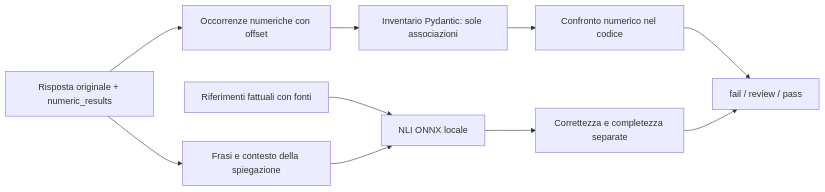
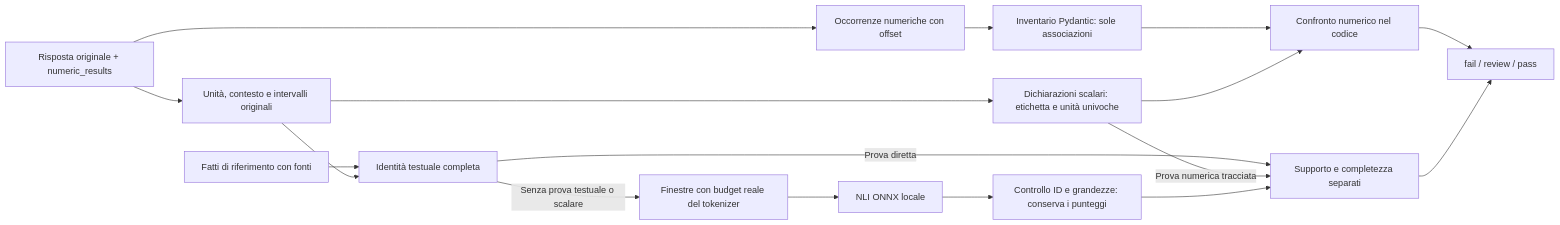
The diagram in ai/README.md (calogero93/circuit), drawn with Mermaid before and after one commit. The commit also changed other lines of this file and 17 other files, not shown here.

````diff
--- a/ai/README.md
+++ b/ai/README.md
@@ -581,12 +630,19 @@
 ```mermaid
 flowchart LR
     A["Risposta originale + numeric_results"] --> B["Occorrenze numeriche con offset"]
     B --> C["Inventario Pydantic: sole associazioni"]
     C --> D["Confronto numerico nel codice"]
-    A --> E["Frasi e contesto della spiegazione"]
-    F["Riferimenti fattuali con fonti"] --> N["NLI ONNX locale"]
-    E --> N
-    N --> G["Correttezza e completezza separate"]
+    A --> E["Unità, contesto e intervalli originali"]
+    F["Fatti di riferimento con fonti"] --> P["Identità testuale completa"]
+    E --> P
+    P -->|"Prova diretta"| G["Supporto e completezza separati"]
+    E --> S["Dichiarazioni scalari: etichetta e unità univoche"]
+    S --> D
+    S -->|"Prova numerica tracciata"| G
+    P -->|"Senza prova testuale o scalare"| T["Finestre con budget reale del tokenizer"]
+    T --> N["NLI ONNX locale"]
+    N --> K["Controllo ID e grandezze: conserva i punteggi"]
+    K --> G
     D --> R["fail / review / pass"]
     G --> R
 ```
````
